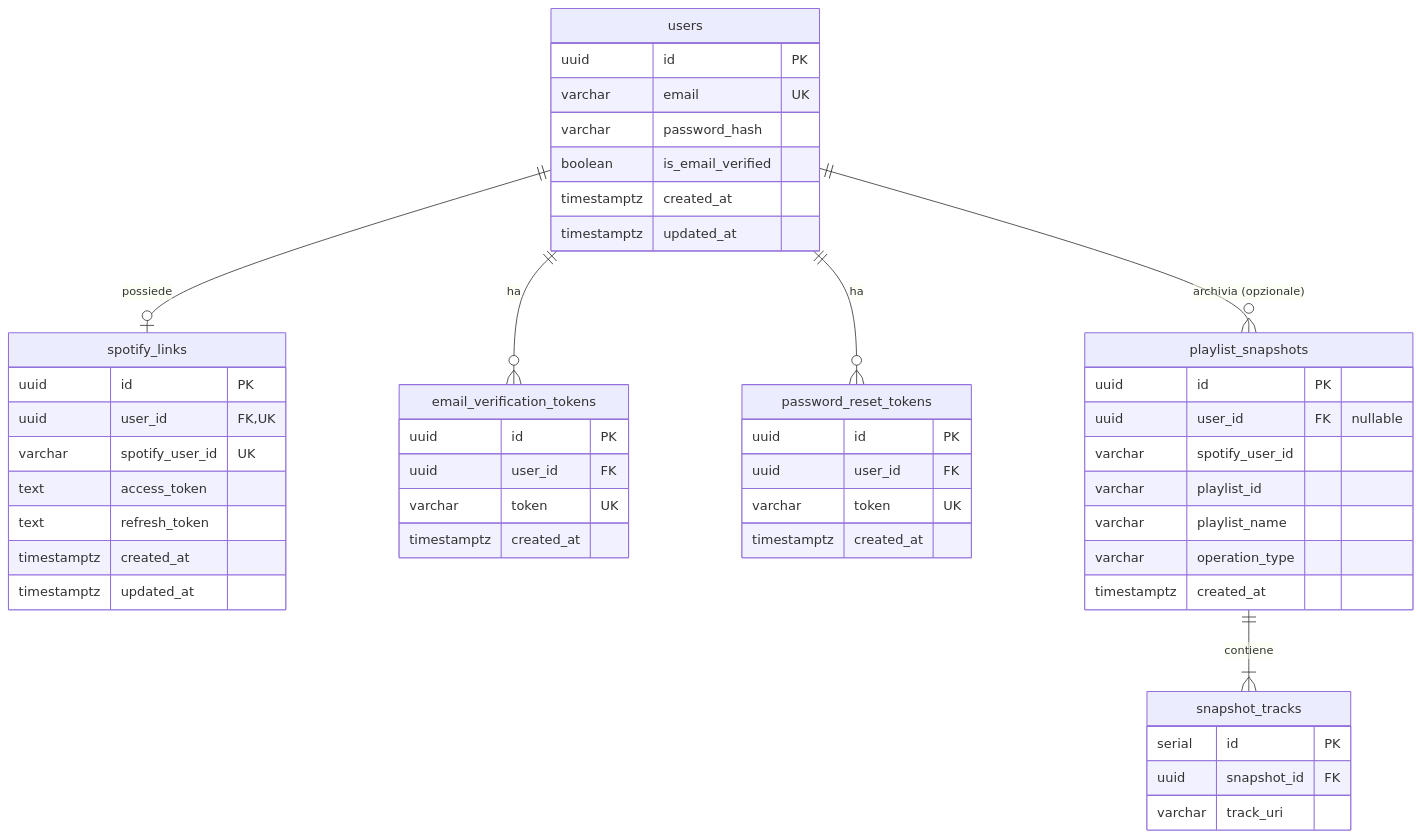
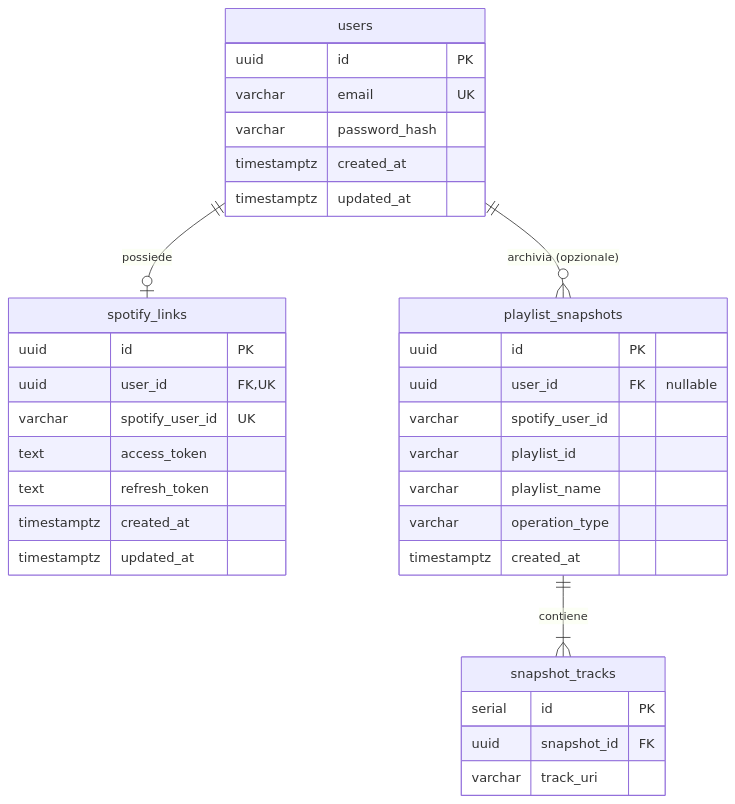
One commit to RubenPari/tracksByPopularity changed the second of 2 diagrams in REQUISITI.md. Above: the diagram before and after it, drawn with Mermaid. The commit also changed other lines of this file, not shown here.

First line of the commit message:
docs: rimuovi Mailtrap, verifica email e reset password dai requisiti

````diff
--- a/REQUISITI.md
+++ b/REQUISITI.md
@@ -200,57 +195,40 @@
 ```mermaid
 erDiagram
     users ||--o| spotify_links : "possiede"
-    users ||--o{ email_verification_tokens : "ha"
-    users ||--o{ password_reset_tokens : "ha"
     users ||--o{ playlist_snapshots : "archivia (opzionale)"
     playlist_snapshots ||--|{ snapshot_tracks : "contiene"
 
     users {
         uuid id PK
         varchar email UK
         varchar password_hash
-        boolean is_email_verified
         timestamptz created_at
         timestamptz updated_at
     }
 
     spotify_links {
         uuid id PK
         uuid user_id FK, UK
         varchar spotify_user_id UK
         text access_token
         text refresh_token
         timestamptz created_at
         timestamptz updated_at
-    }
-
-    email_verification_tokens {
-        uuid id PK
-        uuid user_id FK
-        varchar token UK
-        timestamptz created_at
-    }
-
-    password_reset_tokens {
-        uuid id PK
-        uuid user_id FK
-        varchar token UK
-        timestamptz created_at
     }
 
     playlist_snapshots {
         uuid id PK
         uuid user_id FK "nullable"
         varchar spotify_user_id
         varchar playlist_id
         varchar playlist_name
         varchar operation_type
         timestamptz created_at
     }
 
     snapshot_tracks {
         serial id PK
         uuid snapshot_id FK
         varchar track_uri
     }
 ```
````
